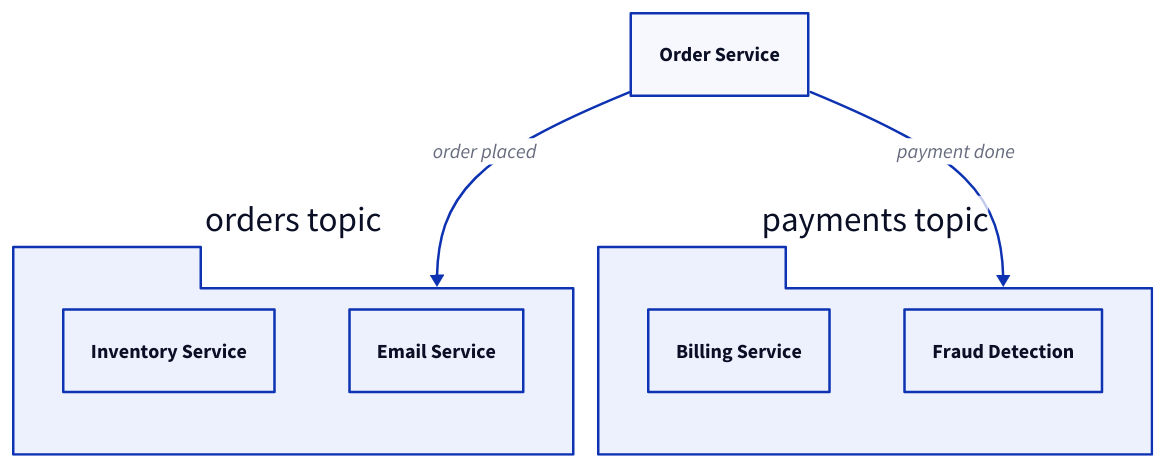
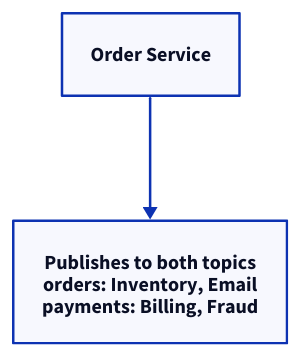
The second of 6 diagrams in src/content/blog/kafka-explained-like-you-are-5.md (g-savitha/gsavitha.in), drawn with D2 before and after one commit. The commit also changed other lines of this file and 11 other files, not shown here.

````diff
--- a/src/content/blog/kafka-explained-like-you-are-5.md
+++ b/src/content/blog/kafka-explained-like-you-are-5.md
@@ -97,20 +88,6 @@
 ```d2
 direction: down
 OS: "Order Service" {class: success}
-orders: "orders topic" {
-  shape: package
-  class: accent
-  direction: down
-  INV: "Inventory Service" {class: info}
-  EMAIL: "Email Service" {class: info}
-}
-payments: "payments topic" {
-  shape: package
-  class: accent
-  direction: down
-  BILL: "Billing Service" {class: info}
-  FRAUD: "Fraud Detection" {class: info}
-}
-OS -> orders: "order placed"
-OS -> payments: "payment done"
+Topics: "Publishes to both topics\norders: Inventory, Email\npayments: Billing, Fraud" {class: accent}
+OS -> Topics
 ```
````
